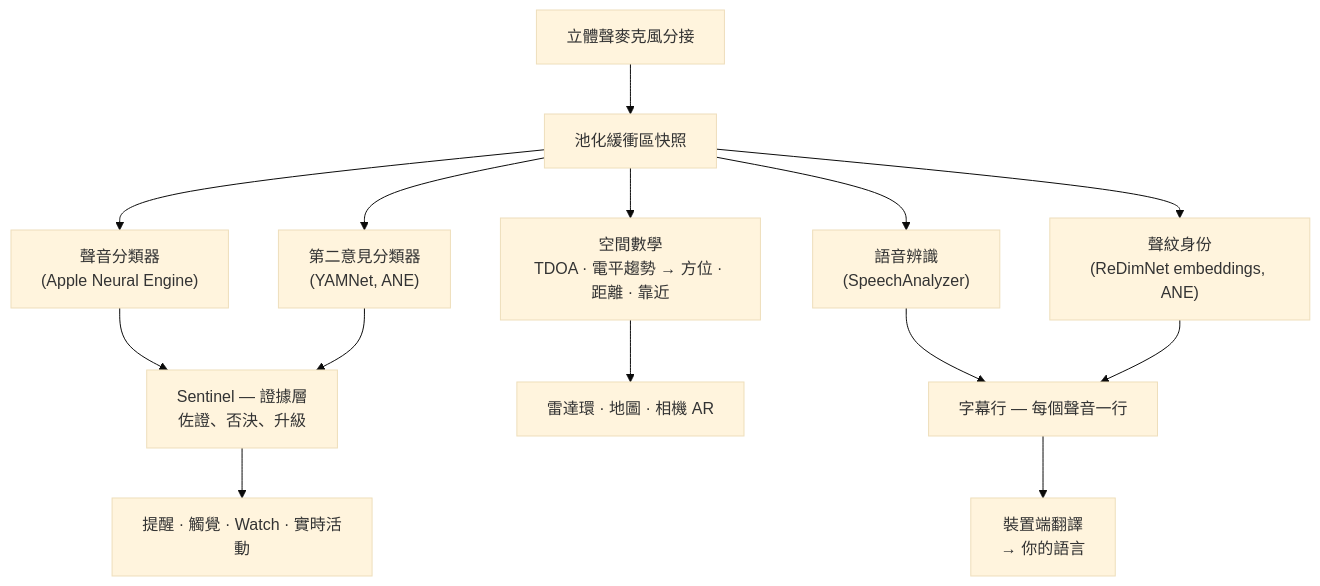
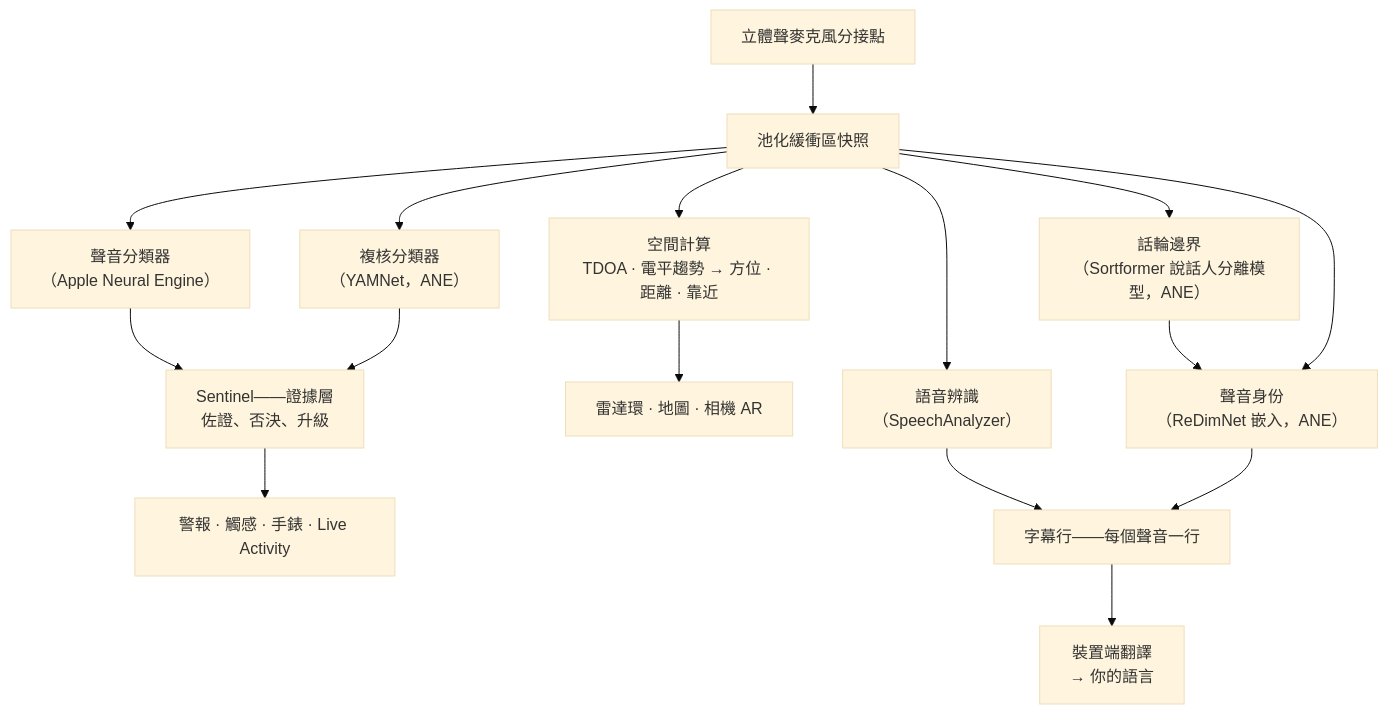
The second of 4 diagrams in README_zh-Hant.md (rpalm01-star/VigilantEarLegal), drawn with Mermaid (base theme) before and after one commit. The commit also changed other lines of this file and 29 other files, not shown here.

````diff
--- a/README_zh-Hant.md
+++ b/README_zh-Hant.md
@@ -128,16 +134,18 @@
 ```mermaid
 graph TD
-    A["立體聲麥克風分接"] --> B["池化緩衝區快照"]
-    B --> C["聲音分類器<br/>(Apple Neural Engine)"]
-    B --> Y["第二意見分類器<br/>(YAMNet, ANE)"]
-    C --> S["Sentinel — 證據層<br/>佐證、否決、升級"]
+    A["立體聲麥克風分接點"] --> B["池化緩衝區快照"]
+    B --> C["聲音分類器<br/>（Apple Neural Engine）"]
+    B --> Y["複核分類器<br/>（YAMNet，ANE）"]
+    C --> S["Sentinel——證據層<br/>佐證、否決、升級"]
     Y --> S
-    S --> H["提醒 · 觸覺 · Watch · 實時活動"]
-    B --> D["空間數學<br/>TDOA · 電平趨勢 → 方位 · 距離 · 靠近"]
+    S --> H["警報 · 觸感 · 手錶 · Live Activity"]
+    B --> D["空間計算<br/>TDOA · 電平趨勢 → 方位 · 距離 · 靠近"]
     D --> R["雷達環 · 地圖 · 相機 AR"]
-    B --> F["語音辨識<br/>(SpeechAnalyzer)"]
-    B --> E["聲紋身份<br/>(ReDimNet embeddings, ANE)"]
-    F --> G["字幕行 — 每個聲音一行"]
+    B --> F["語音辨識<br/>（SpeechAnalyzer）"]
+    B --> N["話輪邊界<br/>（Sortformer 說話人分離模型，ANE）"]
+    N --> E["聲音身份<br/>（ReDimNet 嵌入，ANE）"]
+    B --> E
+    F --> G["字幕行——每個聲音一行"]
     E --> G
     G --> T["裝置端翻譯<br/>→ 你的語言"]
 ```
````
